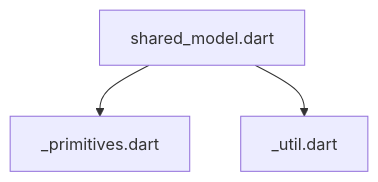
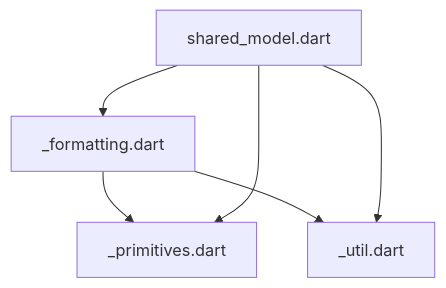
The diagram in pkgs/leak_tracker/lib/src/shared/DEPENDENCIES.md (dart-lang/leak_tracker), drawn with Mermaid before and after one commit. The commit also changed 39 other files, not shown here.

````diff
--- a/pkgs/leak_tracker/lib/src/shared/DEPENDENCIES.md
+++ b/pkgs/leak_tracker/lib/src/shared/DEPENDENCIES.md
@@ -6,5 +6,8 @@
 ```mermaid
 flowchart TD;
+_formatting.dart-->_primitives.dart;
+_formatting.dart-->_util.dart;
+shared_model.dart-->_formatting.dart;
 shared_model.dart-->_primitives.dart;
 shared_model.dart-->_util.dart;
 ```
````
